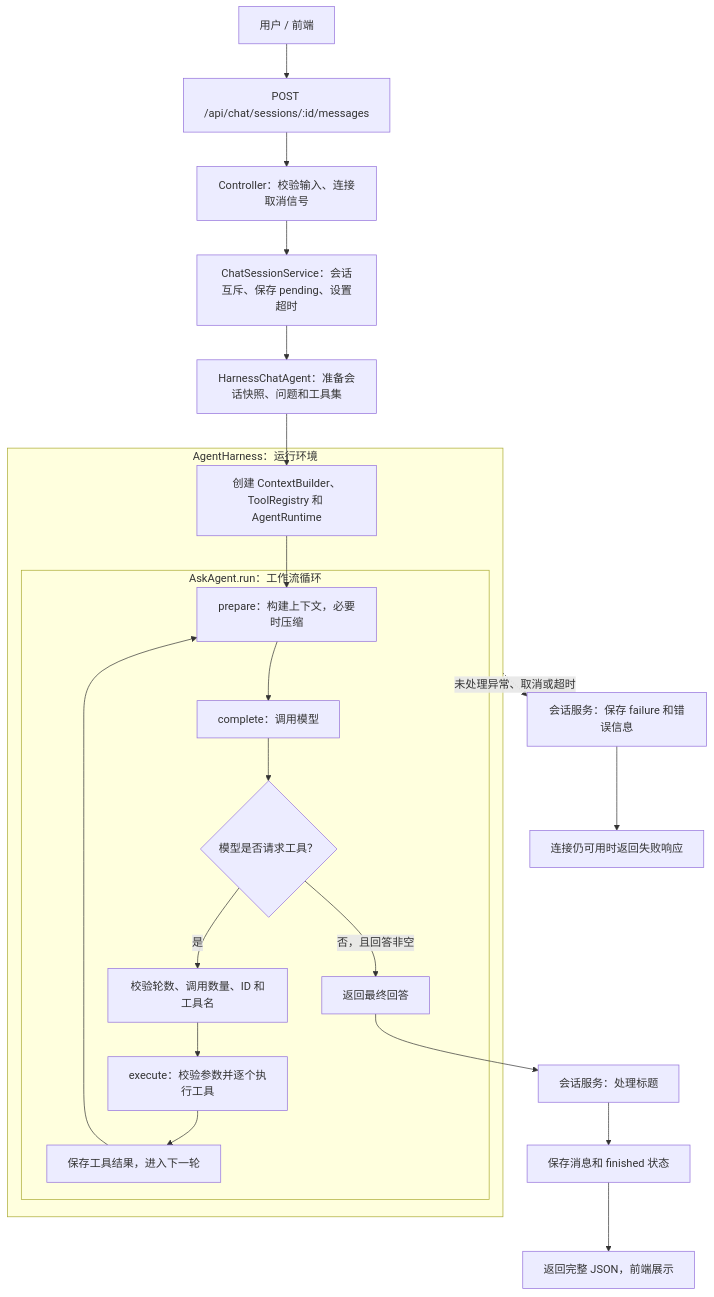
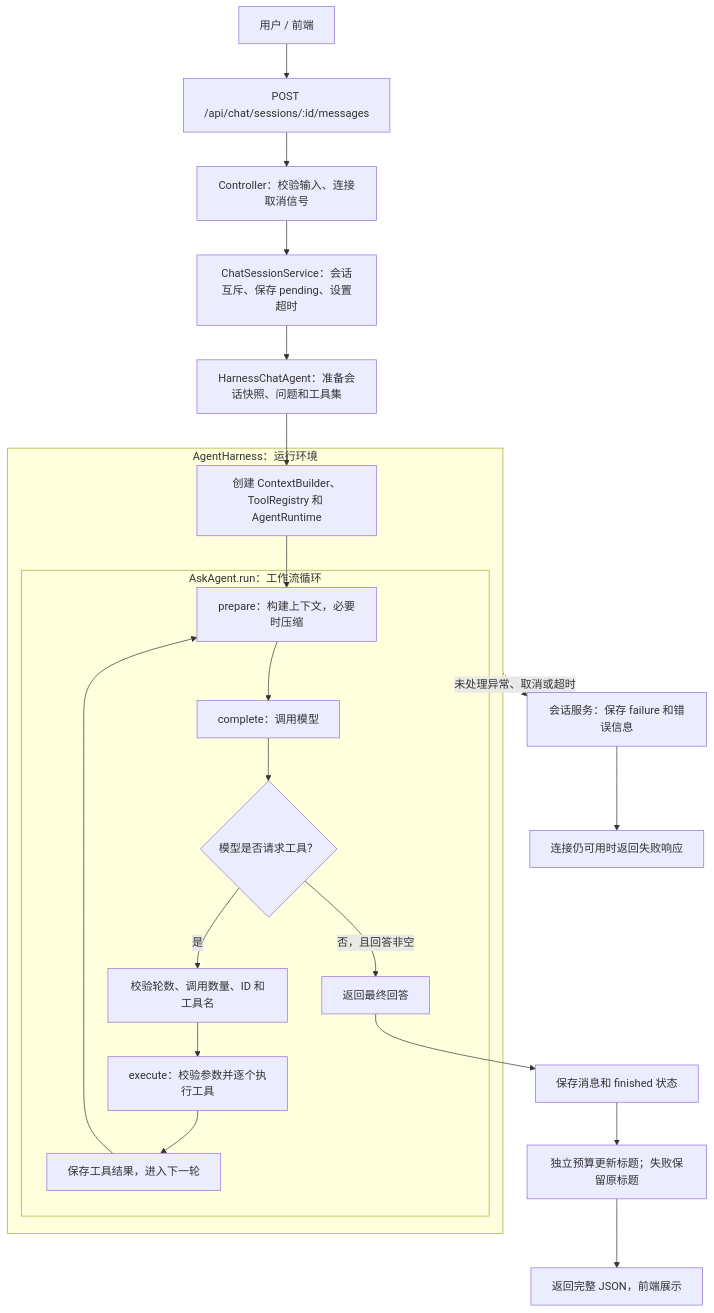
Before and after one commit to arookieshnucoder/TS_backend: the diagram in README.md, drawn with Mermaid. The commit also changed other lines of this file and 15 other files, not shown here.

````diff
--- a/README.md
+++ b/README.md
@@ -86,29 +86,29 @@
 ```mermaid
 flowchart TD
     U[用户 / 前端] --> API[POST /api/chat/sessions/:id/messages]
     API --> C[Controller：校验输入、连接取消信号]
     C --> S[ChatSessionService：会话互斥、保存 pending、设置超时]
     S --> A[HarnessChatAgent：准备会话快照、问题和工具集]
     A --> INIT
 
     subgraph H[AgentHarness：运行环境]
         INIT[创建 ContextBuilder、ToolRegistry 和 AgentRuntime]
         INIT --> P
         subgraph W[AskAgent.run：工作流循环]
             P[prepare：构建上下文，必要时压缩]
             P --> M[complete：调用模型]
             M --> D{模型是否请求工具？}
             D -->|是| V[校验轮数、调用数量、ID 和工具名]
             V --> T[execute：校验参数并逐个执行工具]
             T --> O[保存工具结果，进入下一轮]
             O --> P
             D -->|否，且回答非空| R[返回最终回答]
         end
     end
 
-    R --> TITLE[会话服务：处理标题]
-    TITLE --> SAVE[保存消息和 finished 状态]
-    SAVE --> UI[返回完整 JSON，前端展示]
+    R --> SAVE[保存消息和 finished 状态]
+    SAVE --> TITLE[独立预算更新标题；失败保留原标题]
+    TITLE --> UI[返回完整 JSON，前端展示]
     H -.未处理异常、取消或超时.-> FAIL[会话服务：保存 failure 和错误信息]
     FAIL --> ERR[连接仍可用时返回失败响应]
 ```
````
